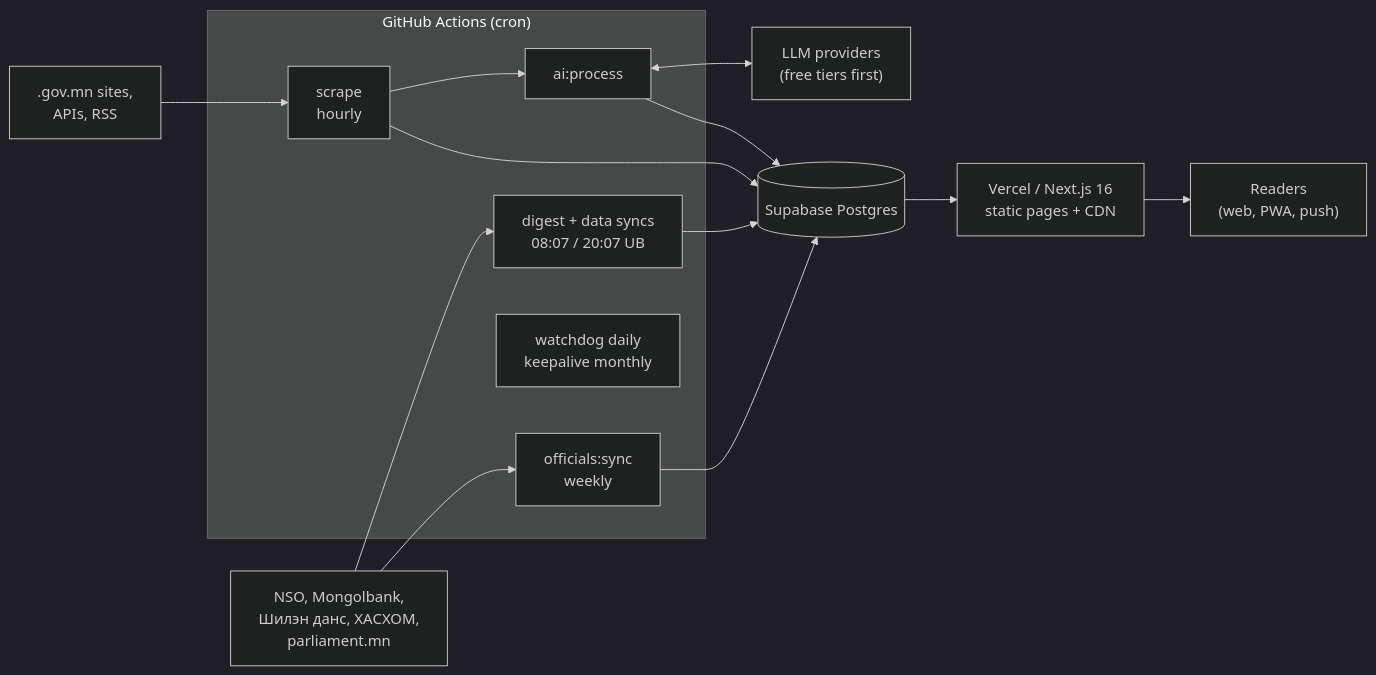
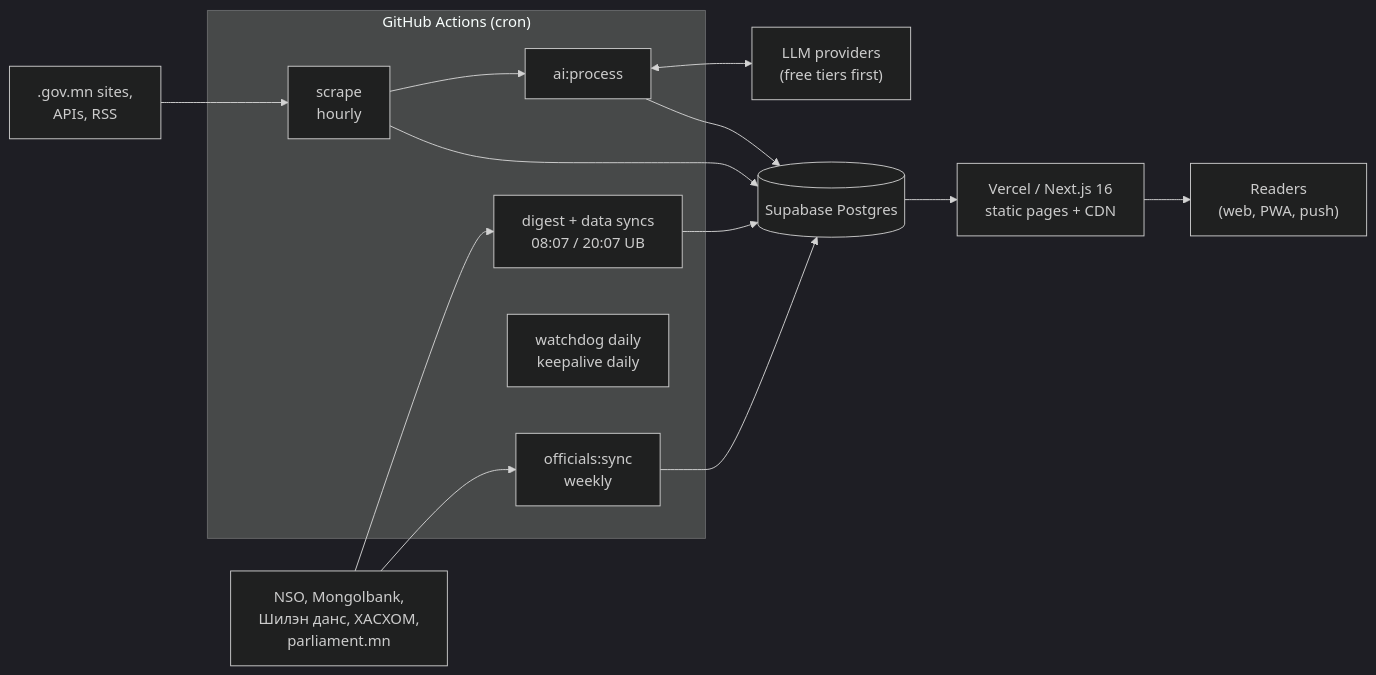
Before and after one commit to tmorius-eng/UNENMEDEE: the first of 2 diagrams in docs/ARCHITECTURE.md, drawn with Mermaid (dark theme). The commit also changed other lines of this file and 11 other files, not shown here.

````diff
--- a/docs/ARCHITECTURE.md
+++ b/docs/ARCHITECTURE.md
@@ -23,15 +23,15 @@
 ```mermaid
 flowchart LR
   subgraph GH["GitHub Actions (cron)"]
     S["scrape<br/>hourly"] --> A["ai:process"]
     D["digest + data syncs<br/>08:07 / 20:07 UB"]
     O["officials:sync<br/>weekly"]
-    W["watchdog daily<br/>keepalive monthly"]
+    W["watchdog daily<br/>keepalive daily"]
   end
   GOV[".gov.mn sites,<br/>APIs, RSS"] --> S
   API["NSO, Mongolbank,<br/>Шилэн данс, ХАСХОМ,<br/>parliament.mn"] --> D & O
   A <--> LLM["LLM providers<br/>(free tiers first)"]
   S & A & D & O --> DB[("Supabase Postgres")]
   DB --> V["Vercel / Next.js 16<br/>static pages + CDN"]
   V --> R["Readers<br/>(web, PWA, push)"]
 ```
````
